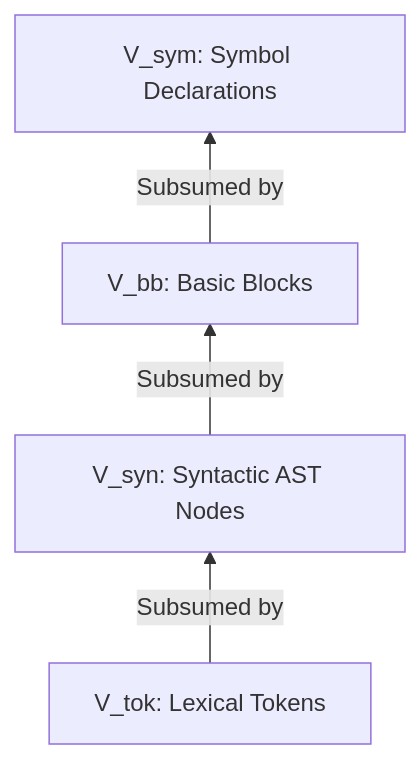
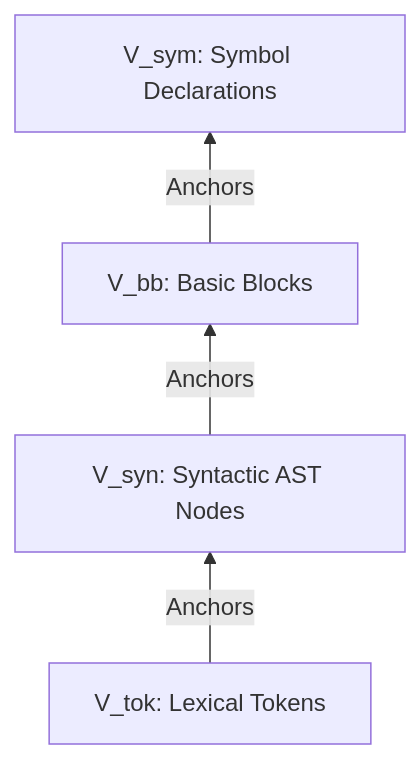
One commit to AhmadHassan-BTed/OpenHeart changed the second of 5 diagrams in docs/architecture.md. Above: the diagram before and after it, drawn with Mermaid. The commit also changed other lines of this file and 434 other files, not shown here.

````diff
--- a/docs/architecture.md
+++ b/docs/architecture.md
@@ -49,6 +49,6 @@
 ```mermaid
 graph BT
-    Vtok[V_tok: Lexical Tokens] -->|Subsumed by| Vsyn[V_syn: Syntactic AST Nodes]
-    Vsyn -->|Subsumed by| Vbb[V_bb: Basic Blocks]
-    Vbb -->|Subsumed by| Vsym[V_sym: Symbol Declarations]
+    Vtok[V_tok: Lexical Tokens] -->|Anchors| Vsyn[V_syn: Syntactic AST Nodes]
+    Vsyn -->|Anchors| Vbb[V_bb: Basic Blocks]
+    Vbb -->|Anchors| Vsym[V_sym: Symbol Declarations]
 ```
````
